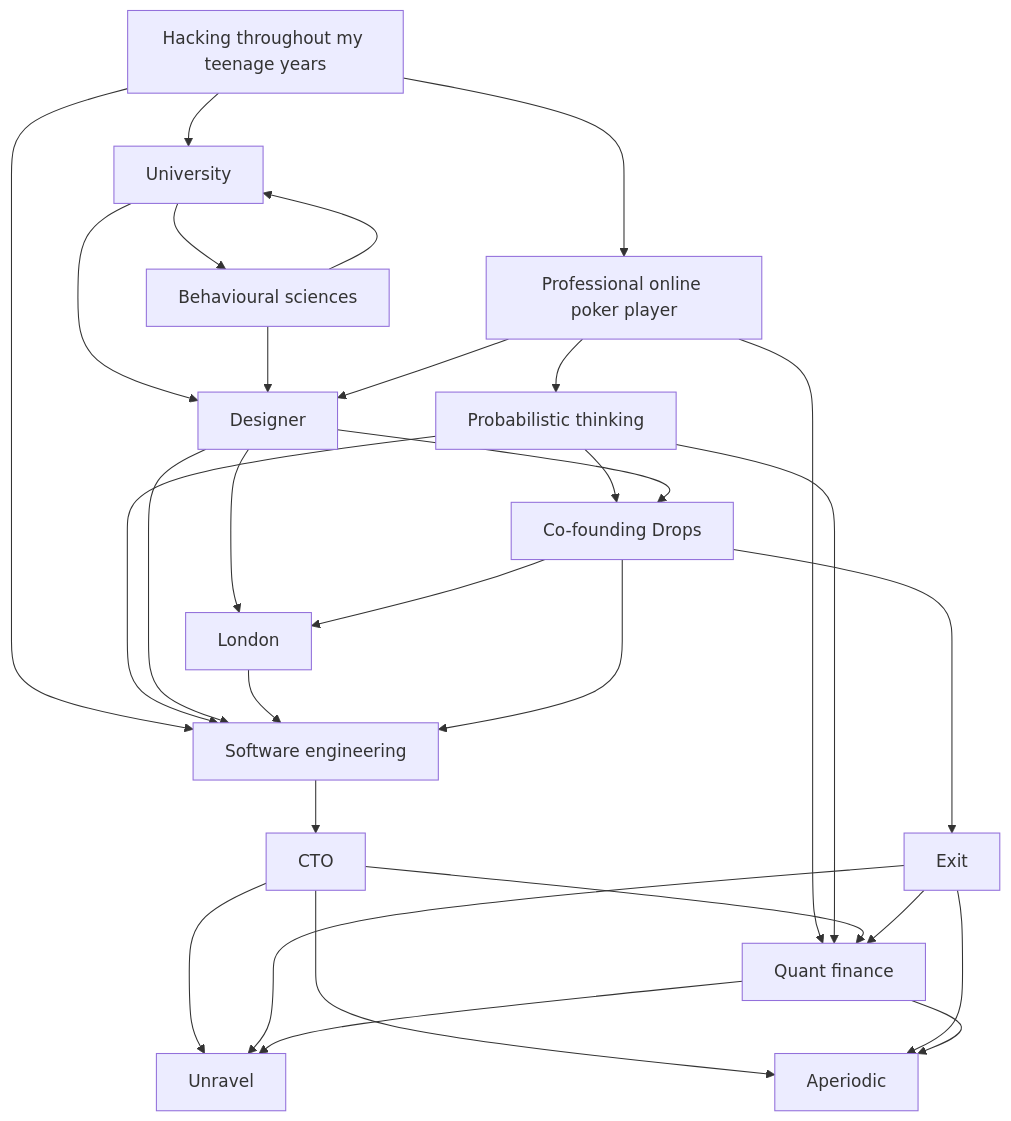
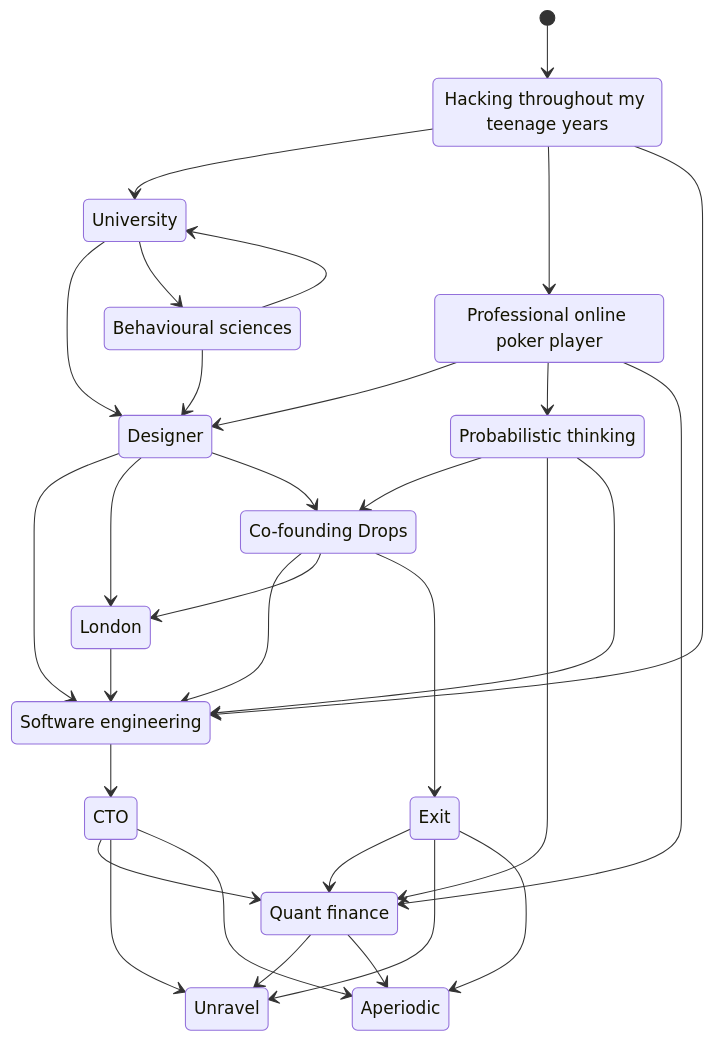
One commit to almostintuitive/almostintuitive.github.io changed the diagram in content/_index.md. Above: the diagram before and after it, drawn with Mermaid. The commit also changed 4 other files, not shown here.

First line of the commit message:
Keep homepage graph as a state diagram

```diff
--- a/content/_index.md
+++ b/content/_index.md
@@ -24,33 +24,42 @@
 {{< mermaid >}}
 
-flowchart TD
-  teenage["Hacking throughout my teenage years"] --> university["University"]
-  teenage --> poker["Professional online poker player"]
-  teenage --> engineering["Software engineering"]
-  university --> designer["Designer"]
-  university --> behavioural["Behavioural sciences"]
-  behavioural --> university
-  behavioural --> designer
-  poker --> designer
-  poker --> probabilistic["Probabilistic thinking"]
-  poker --> quant["Quant finance"]
-  probabilistic --> drops["Co-founding Drops"]
-  probabilistic --> quant
-  probabilistic --> engineering
-  designer --> engineering
-  designer --> london["London"]
-  designer --> drops
-  london --> engineering
-  drops --> engineering
-  drops --> london
-  drops --> exit["Exit"]
-  engineering --> cto["CTO"]
-  cto --> quant
-  cto --> unravel["Unravel"]
-  cto --> aperiodic["Aperiodic"]
-  exit --> quant
-  exit --> unravel
-  exit --> aperiodic
-  quant --> unravel
-  quant --> aperiodic
+stateDiagram
+  state "Hacking throughout my teenage years" as HackingThroughoutMyTeenageYears
+  state "Professional online poker player" as ProfessionalOnlinePokerPlayer
+  state "Behavioural sciences" as BehaviouralSciences
+  state "Probabilistic thinking" as ProbabilisticThinking
+  state "Co-founding Drops" as CoFoundingDrops
+  state "Software engineering" as SoftwareEngineering
+  state "Quant finance" as QuantFinance
+
+  [*] --> HackingThroughoutMyTeenageYears
+  HackingThroughoutMyTeenageYears --> University
+  HackingThroughoutMyTeenageYears --> ProfessionalOnlinePokerPlayer
+  University --> Designer
+  University --> BehaviouralSciences
+  BehaviouralSciences --> University
+  BehaviouralSciences --> Designer
+  ProfessionalOnlinePokerPlayer --> Designer
+  ProfessionalOnlinePokerPlayer --> ProbabilisticThinking
+  ProfessionalOnlinePokerPlayer --> QuantFinance
+  ProbabilisticThinking --> CoFoundingDrops
+  ProbabilisticThinking --> QuantFinance
+  CoFoundingDrops --> SoftwareEngineering
+  Designer --> SoftwareEngineering
+  Designer --> London
+  London --> SoftwareEngineering
+  Designer --> CoFoundingDrops
+  CoFoundingDrops --> London
+  HackingThroughoutMyTeenageYears --> SoftwareEngineering
+  ProbabilisticThinking --> SoftwareEngineering
+  SoftwareEngineering --> CTO
+  CTO --> QuantFinance
+  CTO --> Unravel
+  CTO --> Aperiodic
+  CoFoundingDrops --> Exit
+  Exit --> QuantFinance
+  Exit --> Unravel
+  Exit --> Aperiodic
+  QuantFinance --> Unravel
+  QuantFinance --> Aperiodic
 {{< /mermaid >}}
```
